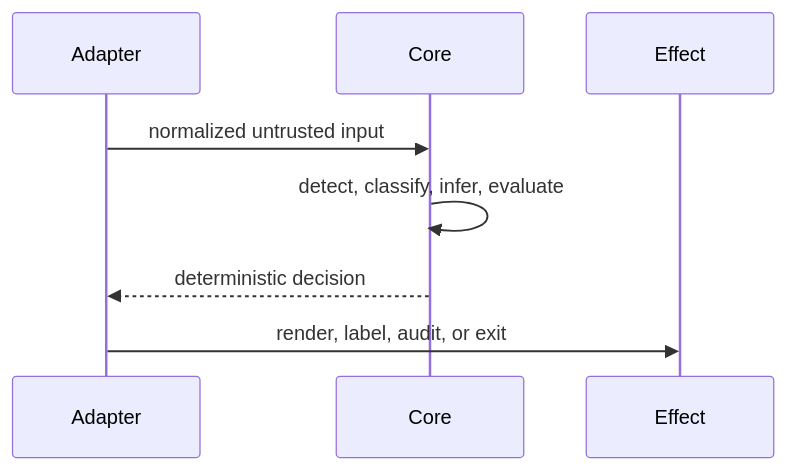
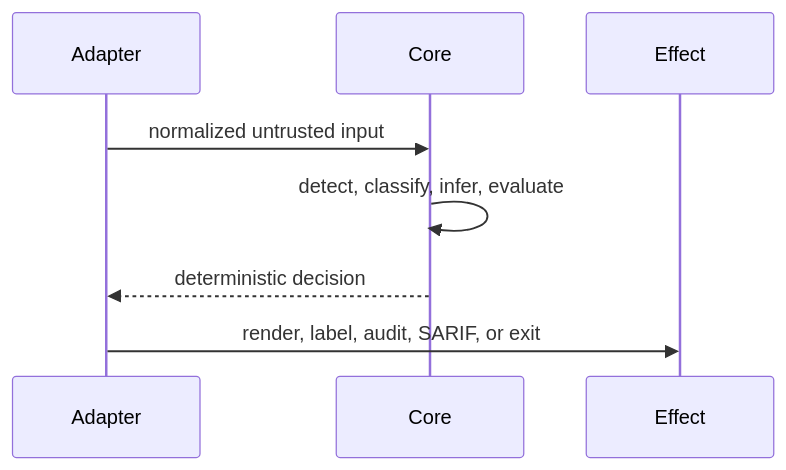
Before and after one commit to streamentry/AGENTOWNERS: the third of 3 diagrams in AGENTS.md, drawn with Mermaid. The commit also changed other lines of this file and 18 other files, not shown here.

````diff
--- a/AGENTS.md
+++ b/AGENTS.md
@@ -144,10 +148,10 @@
 ```mermaid
 sequenceDiagram
   participant Adapter
   participant Core
   participant Effect
   Adapter->>Core: normalized untrusted input
   Core->>Core: detect, classify, infer, evaluate
   Core-->>Adapter: deterministic decision
-  Adapter->>Effect: render, label, audit, or exit
+  Adapter->>Effect: render, label, audit, SARIF, or exit
 ```
````
